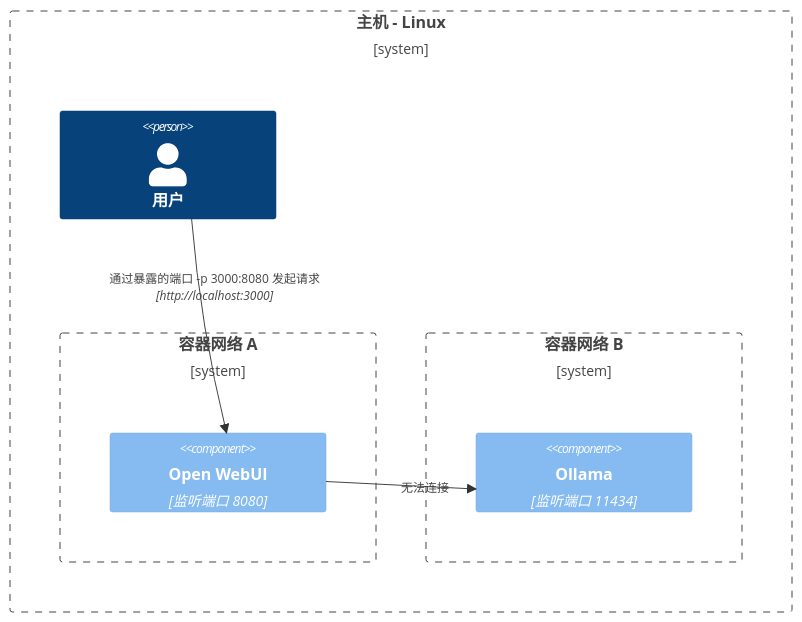
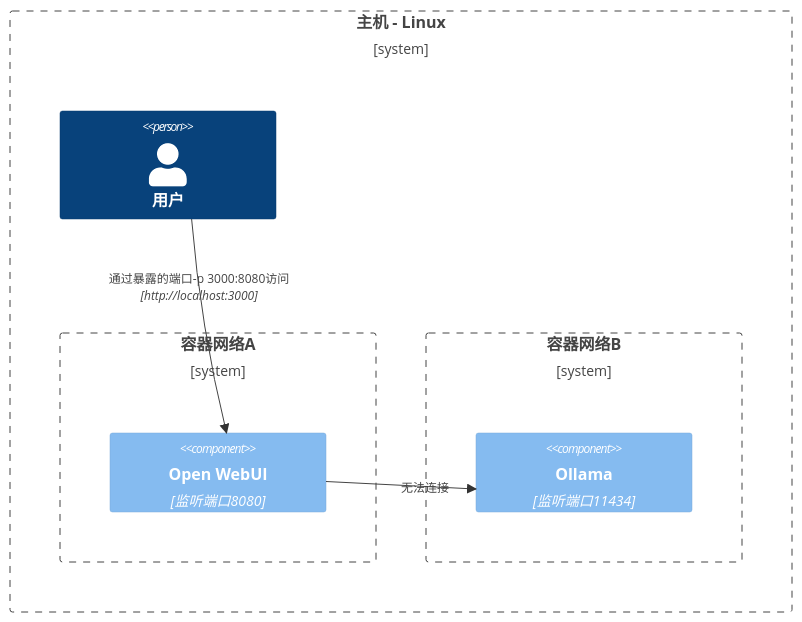
The seventh of 8 diagrams in docs/troubleshooting/network-diagrams.mdx (LazyG9/openwebui-doc-zh), drawn with Mermaid before and after one commit. The commit also changed other lines of this file and 11 other files, not shown here.

````diff
--- a/docs/troubleshooting/network-diagrams.mdx
+++ b/docs/troubleshooting/network-diagrams.mdx
@@ -131,15 +130,15 @@
 ```mermaid
 C4Context
 Boundary(b0, "主机 - Linux") {
    Person(user, "用户")
-   Boundary(b2, "容器网络 A") {
-      Component(openwebui, "Open WebUI", "监听端口 8080")
+   Boundary(b2, "容器网络A") {
+      Component(openwebui, "Open WebUI", "监听端口8080")
    }
-   Boundary(b3, "容器网络 B") {
-      Component(ollama, "Ollama", "监听端口 11434")
+   Boundary(b3, "容器网络B") {
+      Component(ollama, "Ollama", "监听端口11434")
    }
 }
 Rel(openwebui, ollama, "无法连接")
-Rel(user, openwebui, "通过暴露的端口 -p 3000:8080 发起请求", "http://localhost:3000")
+Rel(user, openwebui, "通过暴露的端口-p 3000:8080访问", "http://localhost:3000")
 UpdateRelStyle(user, openwebui, $offsetX="-100", $offsetY="-50")
 ```
````
